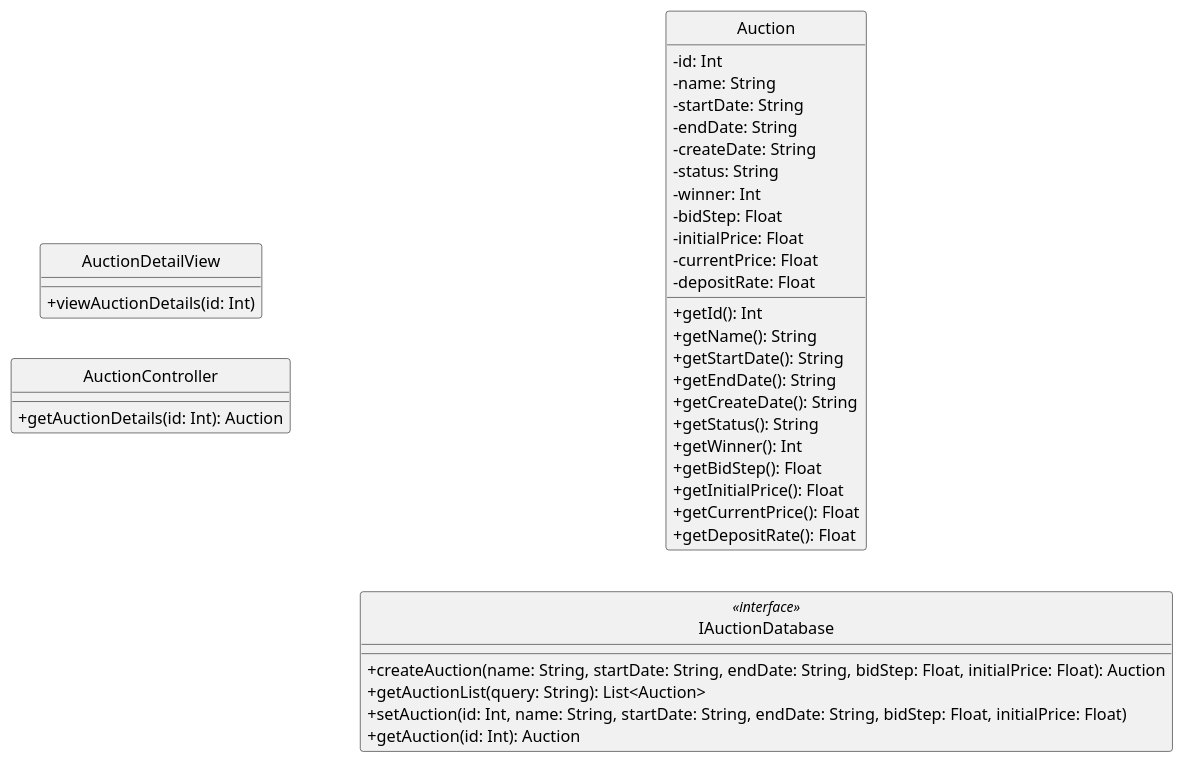
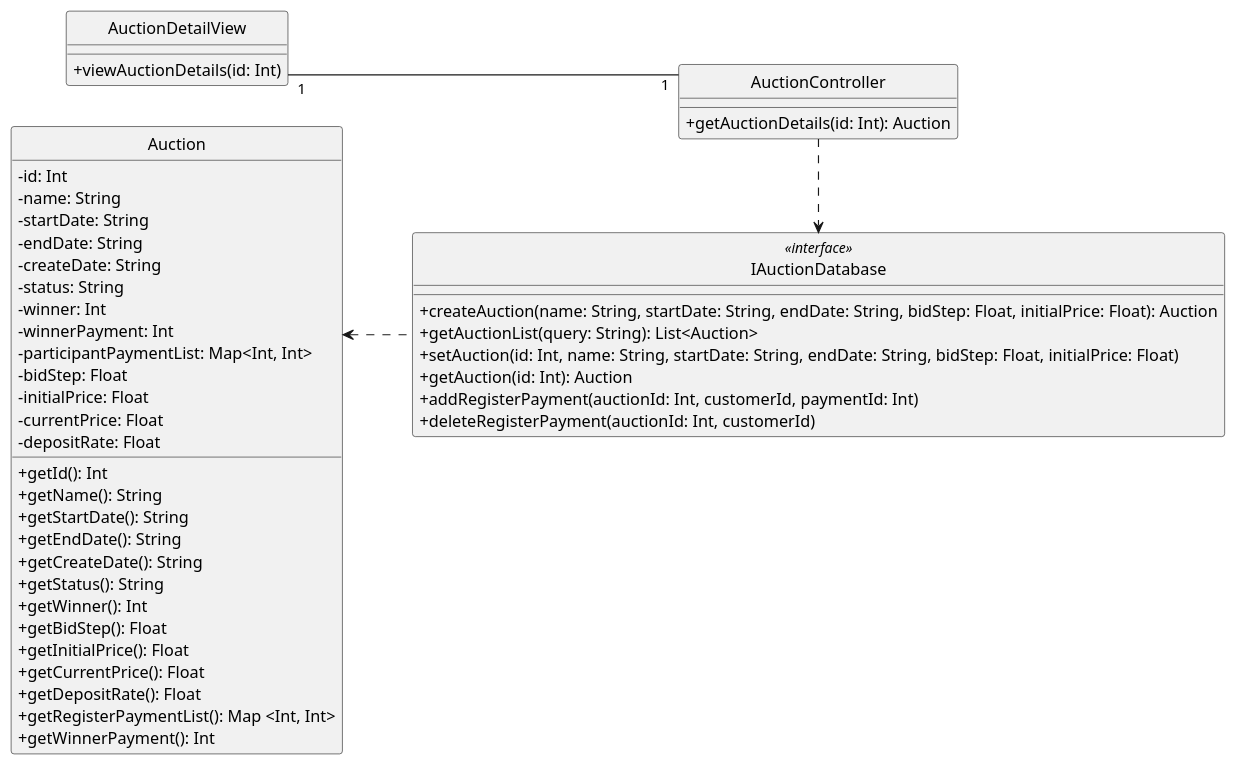
The diagram in uml/design/class/linh/view_auction_information.pu (anhbanlinhle/velocity-exchange), drawn with PlantUML before and after one commit. The commit also changed 5 other files, not shown here.

```diff
--- a/uml/design/class/linh/view_auction_information.pu
+++ b/uml/design/class/linh/view_auction_information.pu
@@ -1,51 +1,63 @@
 @startuml 
 left to right direction
 skinparam classAttributeIconSize 0
 skinparam linetype ortho
 hide circle
 class AuctionDetailView {
 
     + viewAuctionDetails(id: Int)
 
     }
 
 class AuctionController {
     
     + getAuctionDetails(id: Int): Auction
 
     }
 
 class Auction {
     - id: Int
     - name: String
     - startDate: String
     - endDate: String
     - createDate: String
     - status: String
     - winner: Int
+    - winnerPayment: Int
+    - participantPaymentList: Map<Int, Int>
     - bidStep: Float
     - initialPrice: Float
     - currentPrice: Float
     - depositRate: Float
 
     + getId(): Int
     + getName(): String
     + getStartDate(): String
     + getEndDate(): String
     + getCreateDate(): String
     + getStatus(): String
     + getWinner(): Int
     + getBidStep(): Float
     + getInitialPrice(): Float
     + getCurrentPrice(): Float
     + getDepositRate(): Float
+    + getRegisterPaymentList(): Map <Int, Int>
+    + getWinnerPayment(): Int
     }
 
 class IAuctionDatabase <<interface>> {
     + createAuction(name: String, startDate: String, endDate: String, bidStep: Float, initialPrice: Float): Auction
     + getAuctionList(query: String): List<Auction>
     + setAuction(id: Int, name: String, startDate: String, endDate: String, bidStep: Float, initialPrice: Float)
     + getAuction(id: Int): Auction
+    + addRegisterPayment(auctionId: Int, customerId, paymentId: Int)
+    + deleteRegisterPayment(auctionId: Int, customerId)
     }
 
+AuctionDetailView "1" -- "1" AuctionController
+
+AuctionController ..r> IAuctionDatabase
+
+IAuctionDatabase ..u> Auction
+
 @enduml
```
